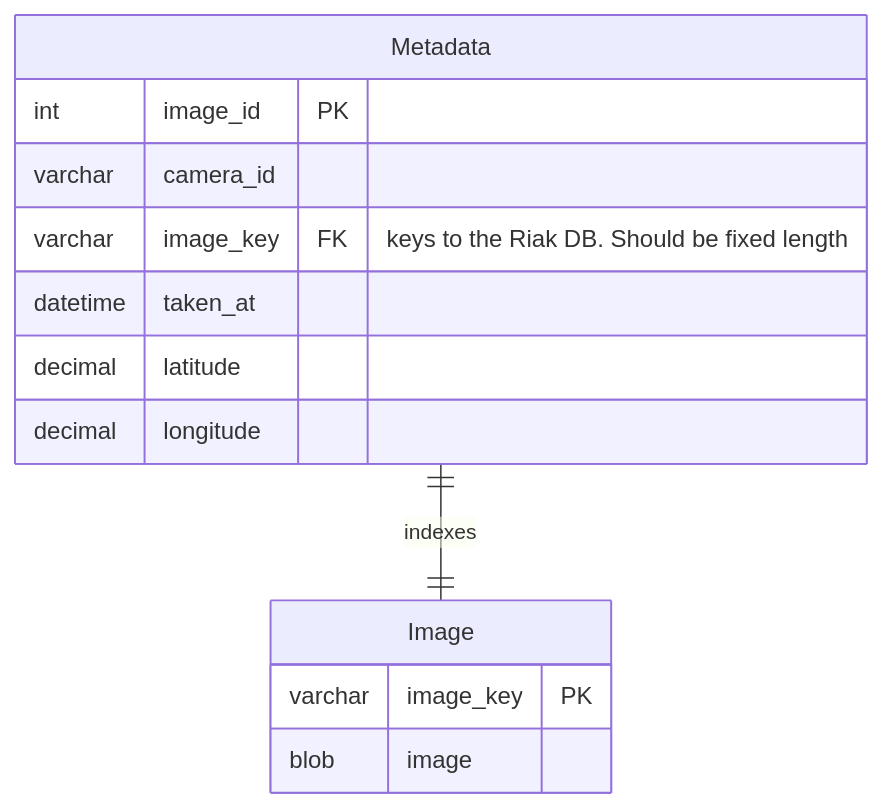
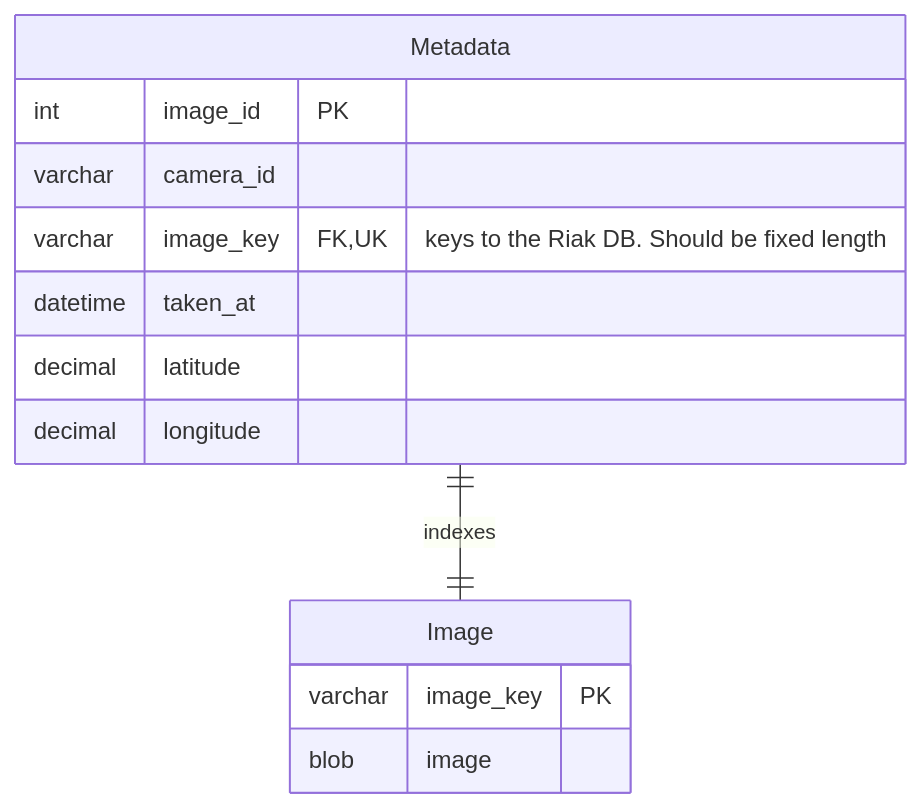
Before and after one commit to RandomBird058/CS250-F26-Group7: the diagram in Assignment 4/database_structure.mmd, drawn with Mermaid.

Commit message:
fix: Riak image key should be unique for each entry in SQL indexer

```diff
--- a/Assignment 4/database_structure.mmd
+++ b/Assignment 4/database_structure.mmd
@@ -1,36 +1,36 @@
 ---
 config:
   layout: elk
 ---
 erDiagram
     Metadata || -- || Image : indexes
     Metadata {
       int image_id PK
       varchar camera_id
-      varchar image_key FK "keys to the Riak DB. Should be fixed length"
+      varchar image_key FK,UK "keys to the Riak DB. Should be fixed length"
       datetime taken_at
       decimal latitude
       decimal longitude
     }
 
     Image {
       varchar image_key PK
       blob image
     }
     
 
     %% BluffChange {
     %%   varchar image_old_id FK "When oldest image deleted, clean this record"
     %%   varchar image_new_id FK
     %%   int change_intensity
     %% }
 
     %% Metadata ||--|{ BluffChange : "helps clean"
 
     %% CameraConfig {
     %%   varchar camera_id PK
     %%   time image_frequency
     %%   %% Unclear what other image specifications
     %%   %% need to be controlled via control commands.
     %%   %% clarify with client.
     %% }
```
